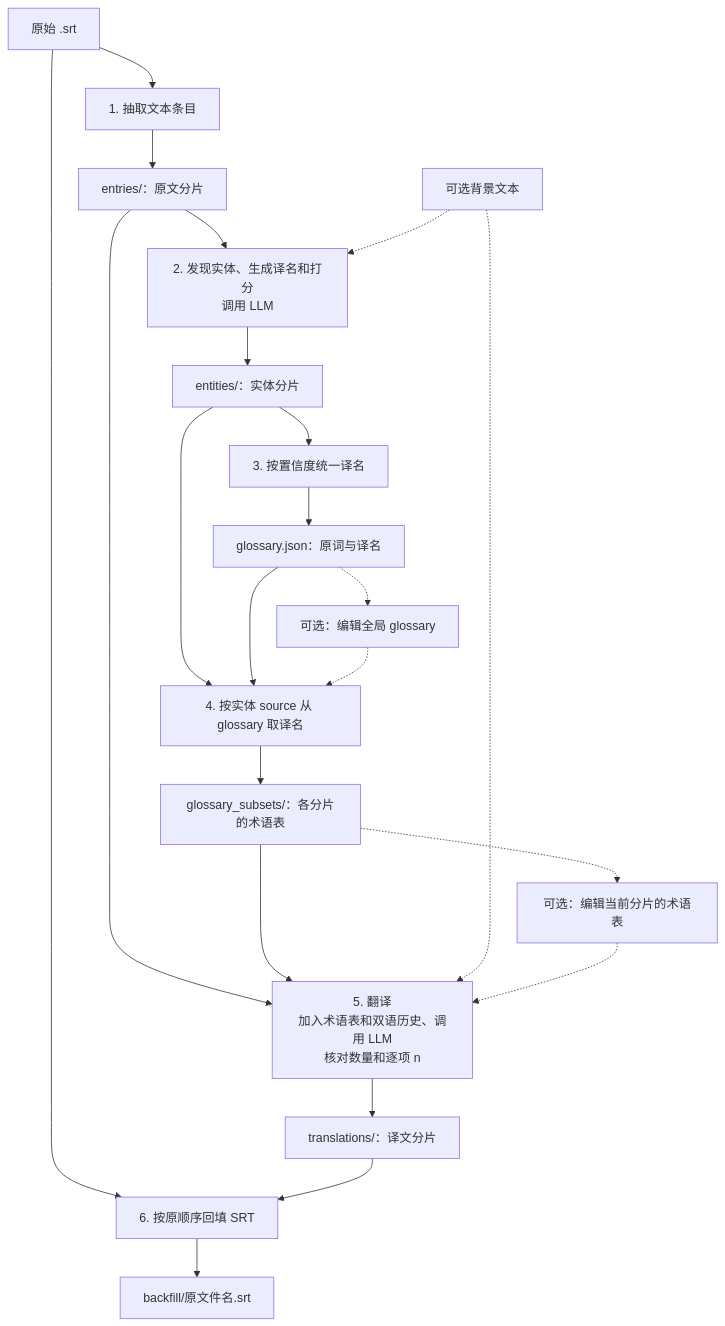
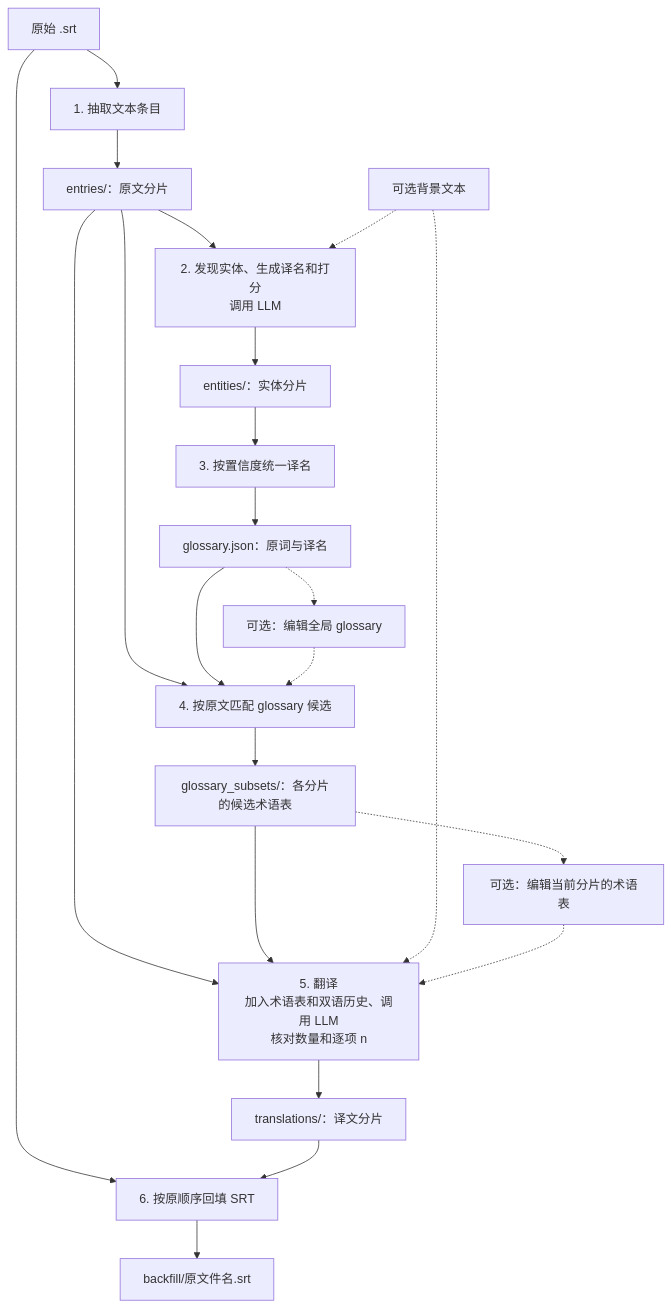
Before and after one commit to chansey97/srt-translate: the diagram in PLAN.md, drawn with Mermaid. The commit also changed other lines of this file and 7 other files, not shown here.

````diff
--- a/PLAN.md
+++ b/PLAN.md
@@ -11,24 +11,24 @@
 ```mermaid
 flowchart TD
     A["原始 .srt"] --> B["1. 抽取文本条目"]
     B --> C["entries/：原文分片"]
     C --> D["2. 发现实体、生成译名和打分<br/>调用 LLM"]
     D --> E["entities/：实体分片"]
     E --> F["3. 按置信度统一译名"]
     F --> G["glossary.json：原词与译名"]
-    E --> H["4. 按实体 source 从 glossary 取译名"]
+    C --> H["4. 按原文匹配 glossary 候选"]
     G --> H
-    H --> I["glossary_subsets/：各分片的术语表"]
+    H --> I["glossary_subsets/：各分片的候选术语表"]
     C --> J["5. 翻译<br/>加入术语表和双语历史、调用 LLM<br/>核对数量和逐项 n"]
     I --> J
     J --> K["translations/：译文分片"]
     A --> L["6. 按原顺序回填 SRT"]
     K --> L
     L --> M["backfill/原文件名.srt"]
     Z["可选背景文本"] -.-> D
     Z -.-> J
     G -.-> R["可选：编辑全局 glossary"]
     R -.-> H
     I -.-> S["可选：编辑当前分片的术语表"]
     S -.-> J
 ```
````
